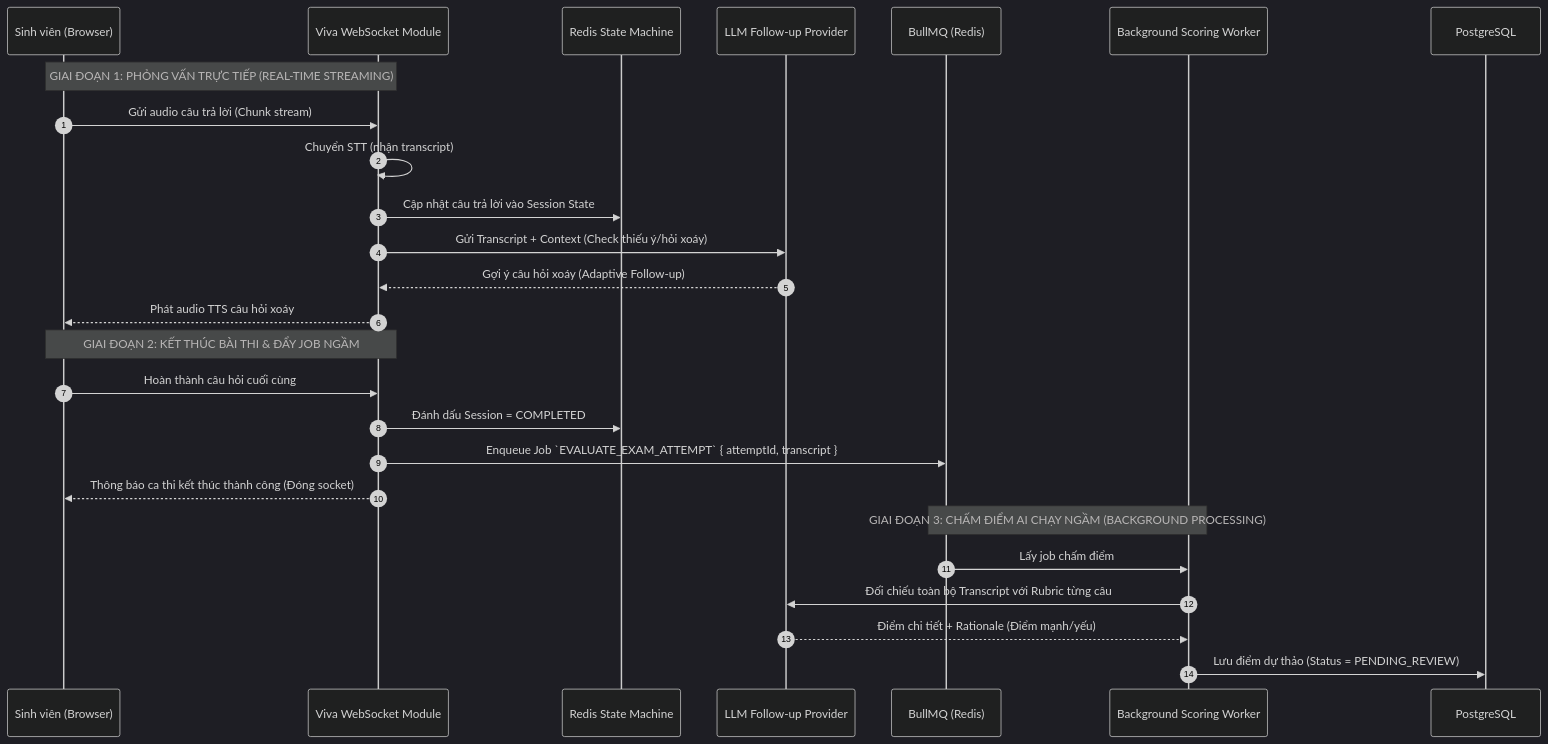
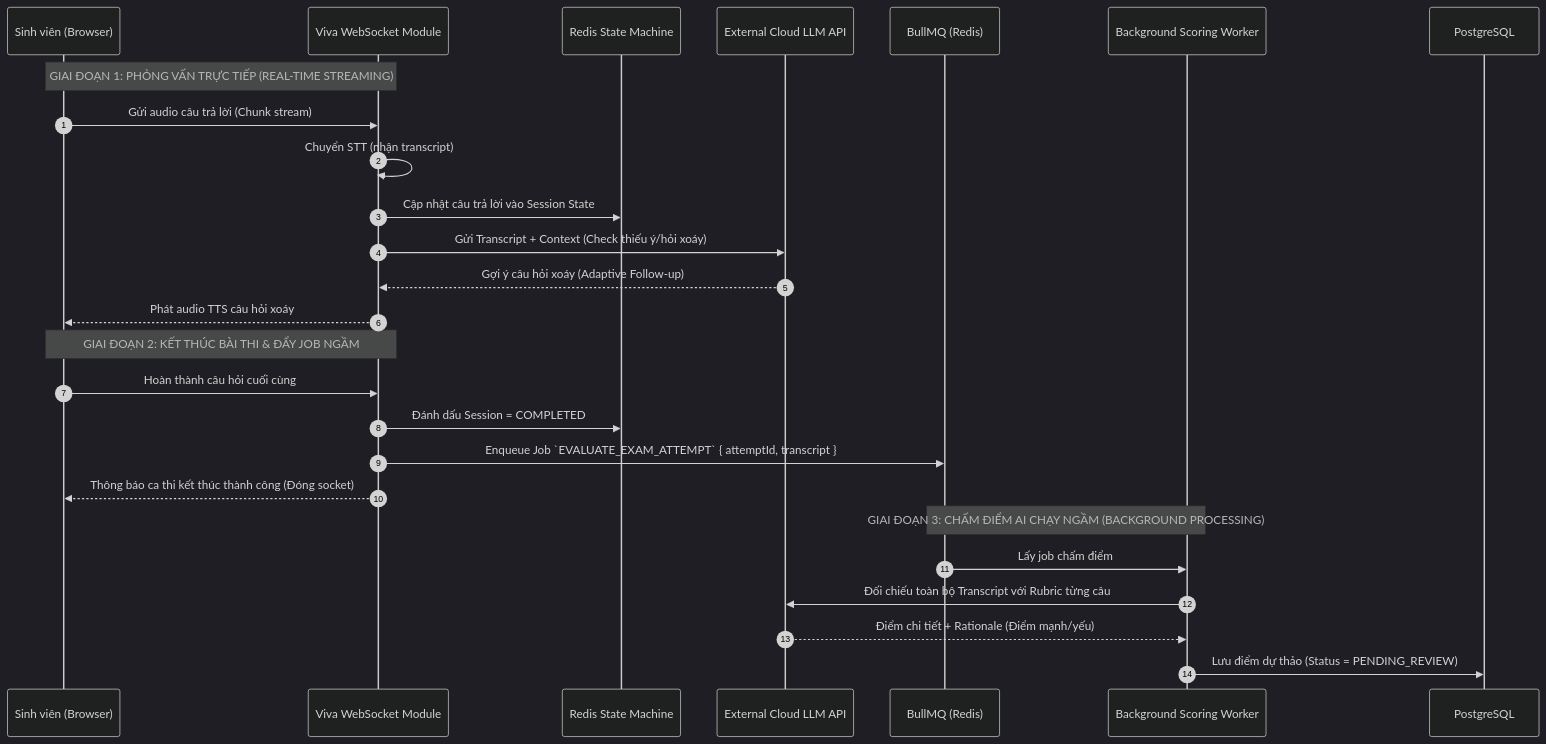
The third of 3 diagrams in document/02-architecture-design.md (SWD392-Group-4/AI-powered-Viva-Exam-System), drawn with Mermaid (dark theme) before and after one commit. The commit also changed other lines of this file and 6 other files, not shown here.

Commit message:
docs: add system architecture, business rules, workflows, and use-case diagram for AIVES

````diff
--- a/document/02-architecture-design.md
+++ b/document/02-architecture-design.md
@@ -182,31 +182,31 @@
 ```mermaid
 sequenceDiagram
     autonumber
     participant STU as Sinh viên (Browser)
     participant WS as Viva WebSocket Module
     participant FSM as Redis State Machine
-    participant AI as LLM Follow-up Provider
+    participant AI as External Cloud LLM API
     participant QUEUE as BullMQ (Redis)
     participant WORKER as Background Scoring Worker
     participant DB as PostgreSQL
 
     Note over STU,WS: GIAI ĐOẠN 1: PHỎNG VẤN TRỰC TIẾP (REAL-TIME STREAMING)
     STU->>WS: Gửi audio câu trả lời (Chunk stream)
     WS->>WS: Chuyển STT (nhận transcript)
     WS->>FSM: Cập nhật câu trả lời vào Session State
     WS->>AI: Gửi Transcript + Context (Check thiếu ý/hỏi xoáy)
     AI-->>WS: Gợi ý câu hỏi xoáy (Adaptive Follow-up)
     WS-->>STU: Phát audio TTS câu hỏi xoáy
 
     Note over STU,WS: GIAI ĐOẠN 2: KẾT THÚC BÀI THI & ĐẨY JOB NGẦM
     STU->>WS: Hoàn thành câu hỏi cuối cùng
     WS->>FSM: Đánh dấu Session = COMPLETED
     WS->>QUEUE: Enqueue Job `EVALUATE_EXAM_ATTEMPT` { attemptId, transcript }
     WS-->>STU: Thông báo ca thi kết thúc thành công (Đóng socket)
 
     Note over QUEUE,WORKER: GIAI ĐOẠN 3: CHẤM ĐIỂM AI CHẠY NGẦM (BACKGROUND PROCESSING)
     QUEUE->>WORKER: Lấy job chấm điểm
     WORKER->>AI: Đối chiếu toàn bộ Transcript với Rubric từng câu
     AI-->>WORKER: Điểm chi tiết + Rationale (Điểm mạnh/yếu)
     WORKER->>DB: Lưu điểm dự thảo (Status = PENDING_REVIEW)
 ```
````
